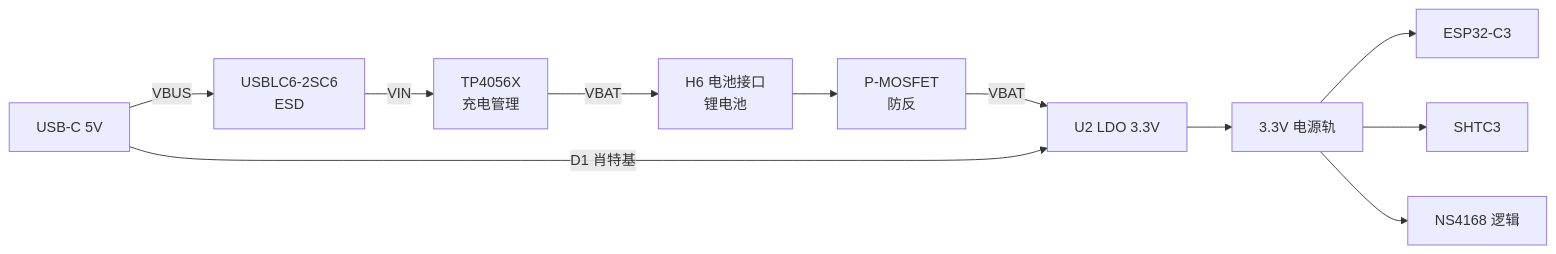
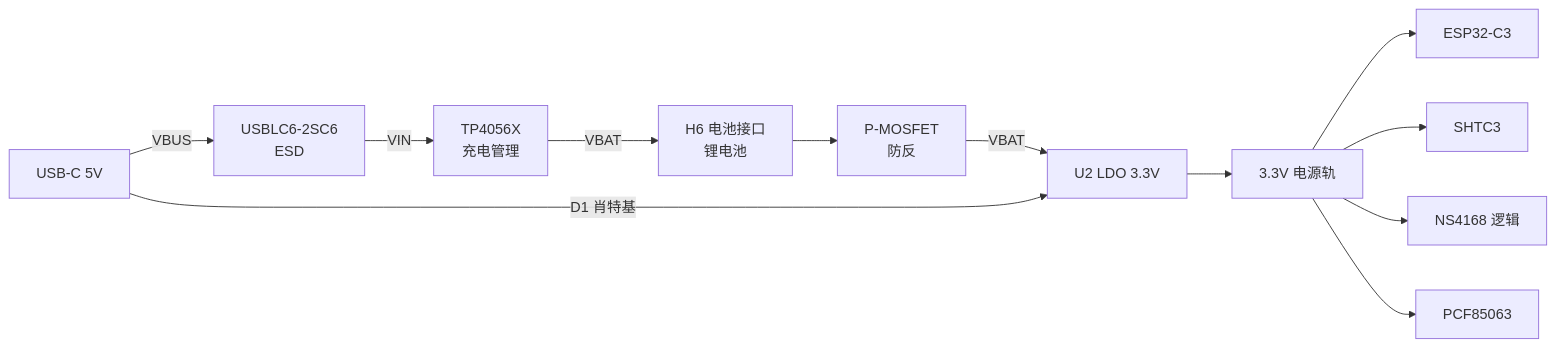
Before and after one commit to llinzzi/slumbercube: the first of 5 diagrams in README.md, drawn with Mermaid. The commit also changed other lines of this file and 3 other files, not shown here.

First line of the commit message:
docs: sync hardware spec with Schematic1_9 2026-06-27

````diff
--- a/README.md
+++ b/README.md
@@ -60,13 +62,14 @@
 ```mermaid
 flowchart LR
     A[USB-C 5V] -->|VBUS| B[USBLC6-2SC6<br/>ESD]
     B -->|VIN| C[TP4056X<br/>充电管理]
     C -->|VBAT| D[H6 电池接口<br/>锂电池]
     D --> Q1[P-MOSFET<br/>防反]
     Q1 -->|VBAT| E[U2 LDO 3.3V]
     A -->|D1 肖特基| E
     E --> F[3.3V 电源轨]
     F --> G[ESP32-C3]
     F --> H[SHTC3]
     F --> I[NS4168 逻辑]
+    F --> J[PCF85063]
 ```
````
